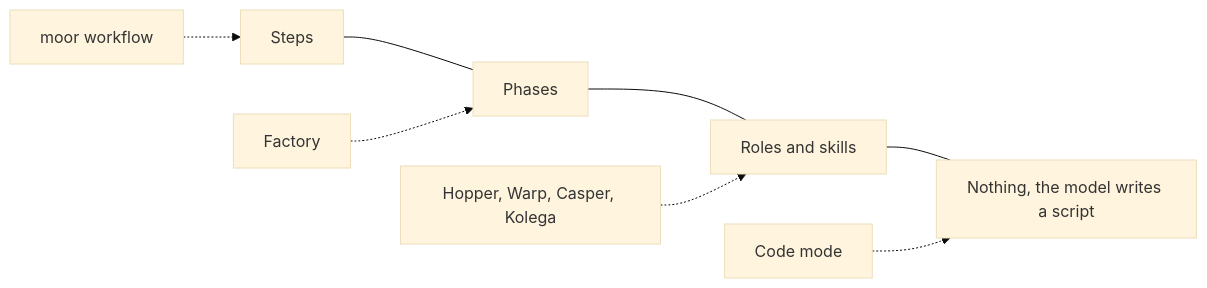
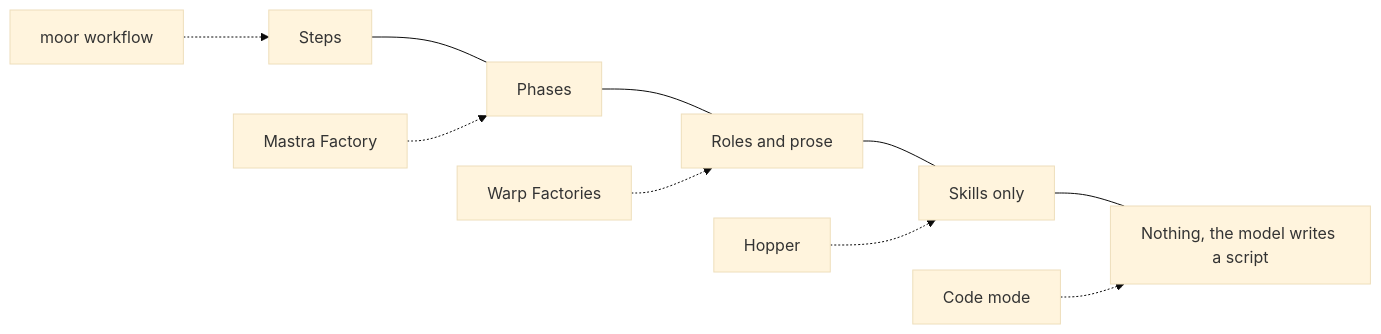
Before and after one commit to IniZio/moor: the first of 4 diagrams in docs/specs/position.md, drawn with Mermaid (base theme). The commit also changed other lines of this file, not shown here.

````diff
--- a/docs/specs/position.md
+++ b/docs/specs/position.md
@@ -34,8 +34,9 @@
 ```mermaid
 flowchart LR
-	S[Steps] --- P[Phases] --- K[Roles and skills] --- C[Nothing, the model writes a script]
+	S[Steps] --- P[Phases] --- R[Roles and prose] --- K[Skills only] --- C[Nothing, the model writes a script]
 	S1[moor workflow] -.-> S
-	P1[Factory] -.-> P
-	K1[Hopper, Warp, Casper, Kolega] -.-> K
+	P1[Mastra Factory] -.-> P
+	R1[Warp Factories] -.-> R
+	K1[Hopper] -.-> K
 	C1[Code mode] -.-> C
 ```
````
